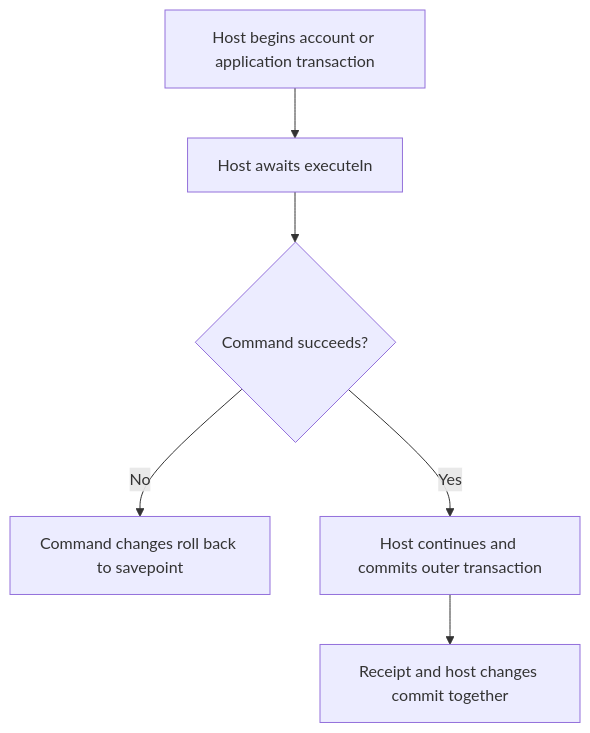
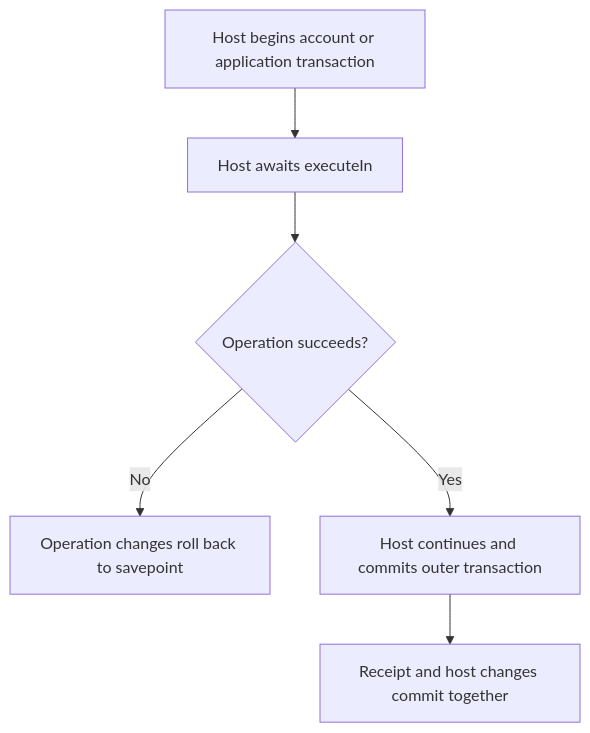
The first of 2 diagrams in user-stories/US-GUARD-02-compose-transaction.md (Kevinjohn/oss-adonisjs-duplicate-request-guard), drawn with Mermaid before and after one commit. The commit also changed other lines of this file and 37 other files, not shown here.

````diff
--- a/user-stories/US-GUARD-02-compose-transaction.md
+++ b/user-stories/US-GUARD-02-compose-transaction.md
@@ -24,8 +24,8 @@
 ```mermaid
 flowchart TD
     A["Host begins account or application transaction"] --> B["Host awaits executeIn"]
-    B --> C{"Command succeeds?"}
-    C -->|No| D["Command changes roll back to savepoint"]
+    B --> C{"Operation succeeds?"}
+    C -->|No| D["Operation changes roll back to savepoint"]
     C -->|Yes| E["Host continues and commits outer transaction"]
     E --> F["Receipt and host changes commit together"]
 ```
````
